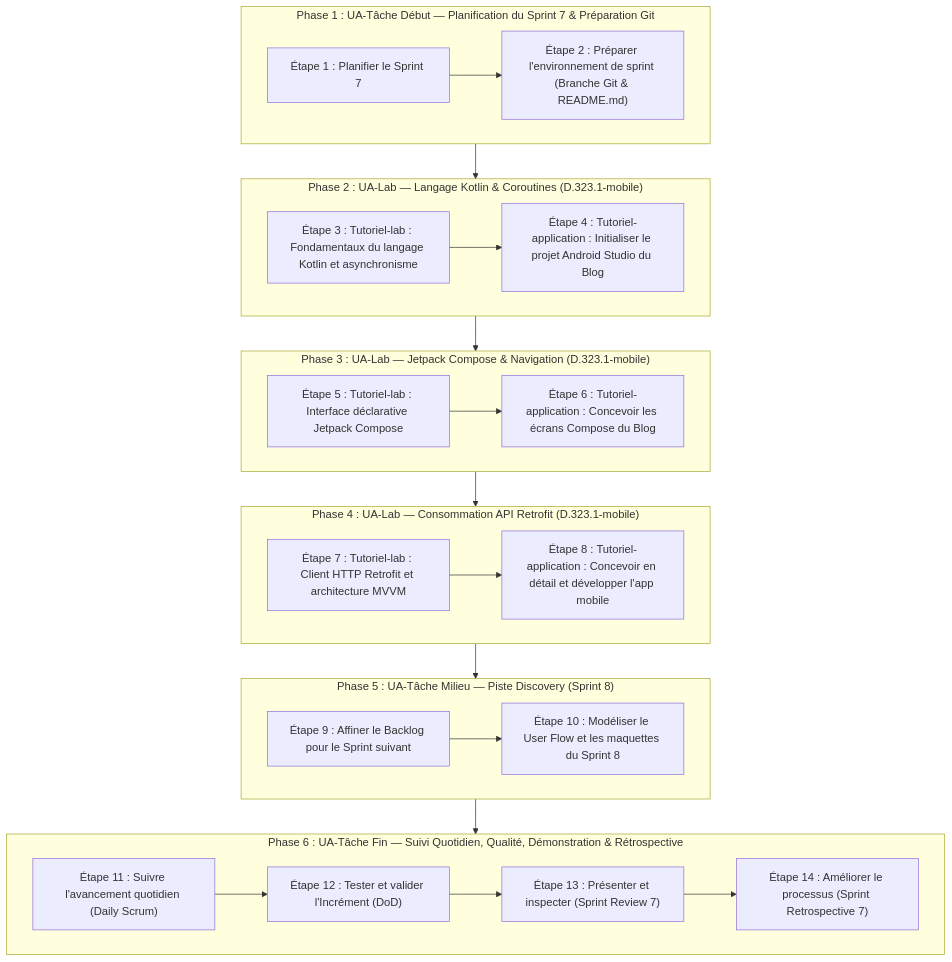
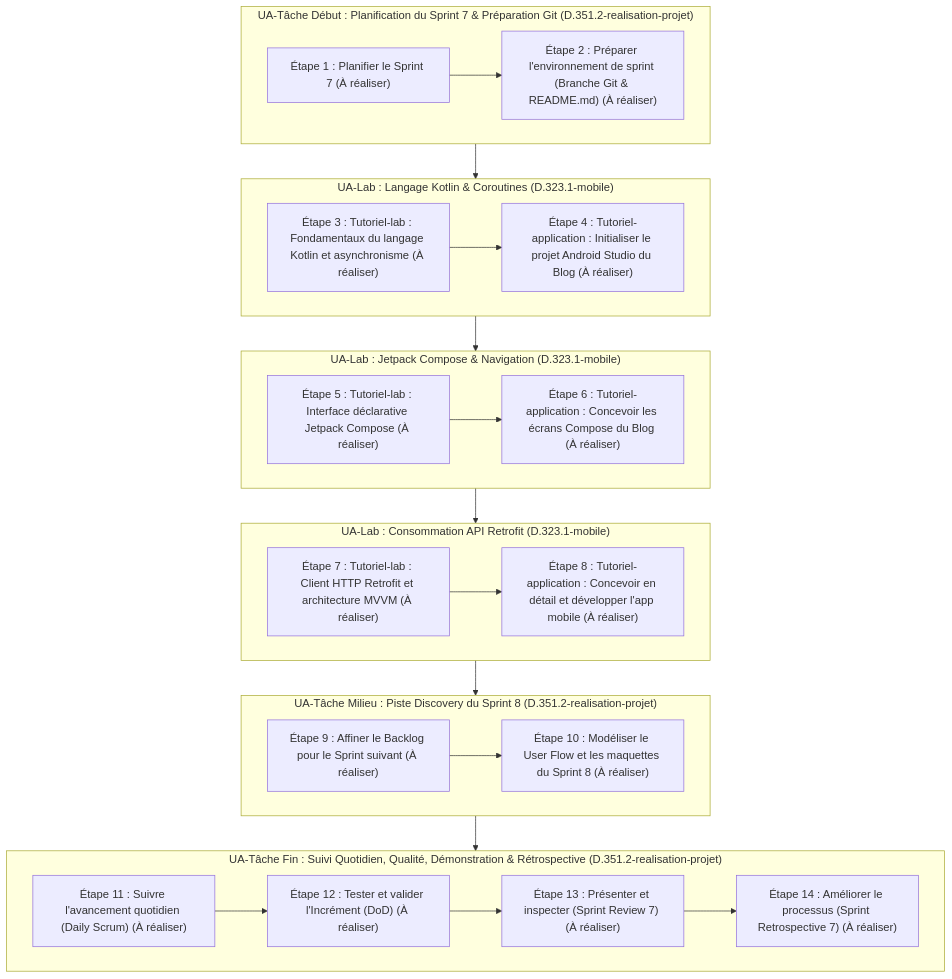
Before and after one commit to labs-web/projet-imiation-n3: the diagram in flux-travail/sessions/flux-travail-s7.md, drawn with Mermaid. The commit also changed other lines of this file and 8 other files, not shown here.

````diff
--- a/flux-travail/sessions/flux-travail-s7.md
+++ b/flux-travail/sessions/flux-travail-s7.md
@@ -56,42 +67,42 @@
 ```mermaid
 flowchart TD
-    subgraph P1 ["Phase 1 : UA-Tâche Début — Planification du Sprint 7 & Préparation Git"]
-        E1["Étape 1 : Planifier le Sprint 7"]
-        E2["Étape 2 : Préparer l'environnement de sprint (Branche Git & README.md)"]
+    subgraph UA1 ["UA-Tâche Début : Planification du Sprint 7 & Préparation Git (D.351.2-realisation-projet)"]
+        E1["Étape 1 : Planifier le Sprint 7 (À réaliser)"]
+        E2["Étape 2 : Préparer l'environnement de sprint (Branche Git & README.md) (À réaliser)"]
         E1 --> E2
     end
 
-    subgraph P2 ["Phase 2 : UA-Lab — Langage Kotlin & Coroutines (D.323.1-mobile)"]
-        E3["Étape 3 : Tutoriel-lab : Fondamentaux du langage Kotlin et asynchronisme"]
-        E4["Étape 4 : Tutoriel-application : Initialiser le projet Android Studio du Blog"]
+    subgraph UA2 ["UA-Lab : Langage Kotlin & Coroutines (D.323.1-mobile)"]
+        E3["Étape 3 : Tutoriel-lab : Fondamentaux du langage Kotlin et asynchronisme (À réaliser)"]
+        E4["Étape 4 : Tutoriel-application : Initialiser le projet Android Studio du Blog (À réaliser)"]
         E3 --> E4
     end
 
-    subgraph P3 ["Phase 3 : UA-Lab — Jetpack Compose & Navigation (D.323.1-mobile)"]
-        E5["Étape 5 : Tutoriel-lab : Interface déclarative Jetpack Compose"]
-        E6["Étape 6 : Tutoriel-application : Concevoir les écrans Compose du Blog"]
+    subgraph UA3 ["UA-Lab : Jetpack Compose & Navigation (D.323.1-mobile)"]
+        E5["Étape 5 : Tutoriel-lab : Interface déclarative Jetpack Compose (À réaliser)"]
+        E6["Étape 6 : Tutoriel-application : Concevoir les écrans Compose du Blog (À réaliser)"]
         E5 --> E6
     end
 
-    subgraph P4 ["Phase 4 : UA-Lab — Consommation API Retrofit (D.323.1-mobile)"]
-        E7["Étape 7 : Tutoriel-lab : Client HTTP Retrofit et architecture MVVM"]
-        E8["Étape 8 : Tutoriel-application : Concevoir en détail et développer l'app mobile"]
+    subgraph UA4 ["UA-Lab : Consommation API Retrofit (D.323.1-mobile)"]
+        E7["Étape 7 : Tutoriel-lab : Client HTTP Retrofit et architecture MVVM (À réaliser)"]
+        E8["Étape 8 : Tutoriel-application : Concevoir en détail et développer l'app mobile (À réaliser)"]
         E7 --> E8
     end
 
-    subgraph P5 ["Phase 5 : UA-Tâche Milieu — Piste Discovery (Sprint 8)"]
-        E9["Étape 9 : Affiner le Backlog pour le Sprint suivant"]
-        E10["Étape 10 : Modéliser le User Flow et les maquettes du Sprint 8"]
+    subgraph UA5 ["UA-Tâche Milieu : Piste Discovery du Sprint 8 (D.351.2-realisation-projet)"]
+        E9["Étape 9 : Affiner le Backlog pour le Sprint suivant (À réaliser)"]
+        E10["Étape 10 : Modéliser le User Flow et les maquettes du Sprint 8 (À réaliser)"]
         E9 --> E10
     end
 
-    subgraph P6 ["Phase 6 : UA-Tâche Fin — Suivi Quotidien, Qualité, Démonstration & Rétrospective"]
-        E11["Étape 11 : Suivre l'avancement quotidien (Daily Scrum)"]
-        E12["Étape 12 : Tester et valider l'Incrément (DoD)"]
-        E13["Étape 13 : Présenter et inspecter (Sprint Review 7)"]
-        E14["Étape 14 : Améliorer le processus (Sprint Retrospective 7)"]
+    subgraph UA6 ["UA-Tâche Fin : Suivi Quotidien, Qualité, Démonstration & Rétrospective (D.351.2-realisation-projet)"]
+        E11["Étape 11 : Suivre l'avancement quotidien (Daily Scrum) (À réaliser)"]
+        E12["Étape 12 : Tester et valider l'Incrément (DoD) (À réaliser)"]
+        E13["Étape 13 : Présenter et inspecter (Sprint Review 7) (À réaliser)"]
+        E14["Étape 14 : Améliorer le processus (Sprint Retrospective 7) (À réaliser)"]
         E11 --> E12 --> E13 --> E14
     end
 
-    P1 --> P2 --> P3 --> P4 --> P5 --> P6
+    UA1 --> UA2 --> UA3 --> UA4 --> UA5 --> UA6
 ```
````
